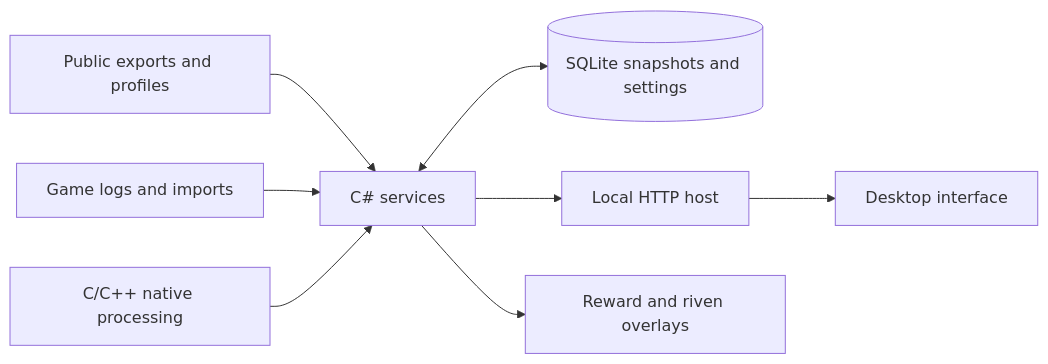
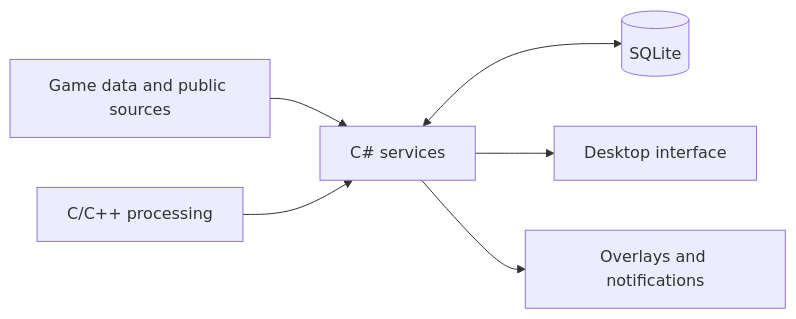
One commit to Lenalein2001/Warframe-App changed the diagram in README.md. Above: the diagram before and after it, drawn with Mermaid. The commit also changed other lines of this file and 3 other files, not shown here.

````diff
--- a/README.md
+++ b/README.md
@@ -61,10 +85,8 @@
 ```mermaid
 flowchart LR
-    P[Public exports and profiles] --> S[C# services]
-    L[Game logs and imports] --> S
-    N[C/C++ native processing] --> S
-    S <--> DB[(SQLite snapshots and settings)]
-    S --> H[Local HTTP host]
-    H --> UI[Desktop interface]
-    S --> O[Reward and riven overlays]
+    G[Game data and public sources] --> S[C# services]
+    N[C/C++ processing] --> S
+    S <--> D[(SQLite)]
+    S --> U[Desktop interface]
+    S --> O[Overlays and notifications]
 ```
````
